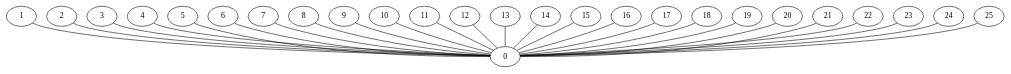
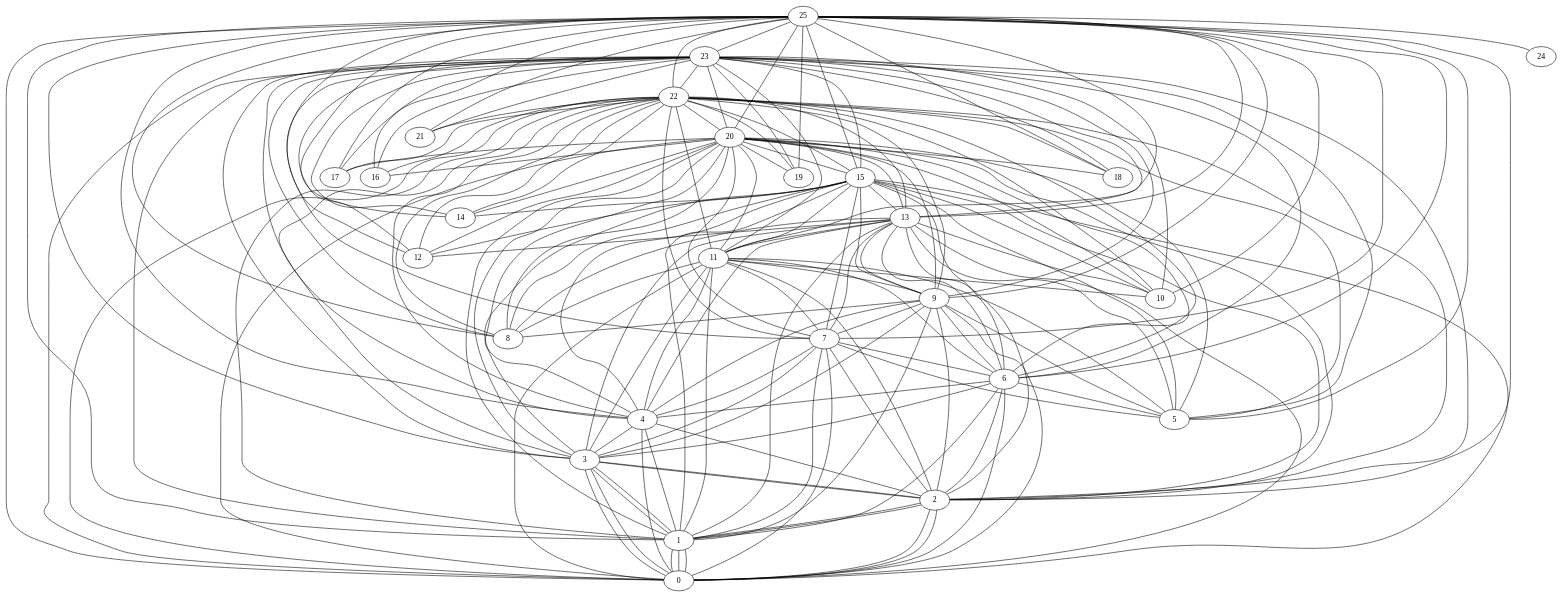
One commit to denizsurmeli/random-graph-generator changed the diagram in feeds/out/O-9-26-26-HH.dot. Above: the diagram before and after it, drawn with Graphviz. The commit also changed 578 other files, not shown here.

```diff
--- a/feeds/out/O-9-26-26-HH.dot
+++ b/feeds/out/O-9-26-26-HH.dot
@@ -1,53 +1,196 @@
 graph G {
 0;
 1;
 2;
 3;
 4;
 5;
 6;
 7;
 8;
 9;
 10;
 11;
 12;
 13;
 14;
 15;
 16;
 17;
 18;
 19;
 20;
 21;
 22;
 23;
 24;
 25;
+25--0 ;
+25--1 ;
+25--2 ;
+25--3 ;
+25--4 ;
+25--5 ;
+25--6 ;
+25--7 ;
+25--8 ;
+25--9 ;
+25--10 ;
+25--11 ;
+25--12 ;
+25--13 ;
+25--14 ;
+25--15 ;
+25--16 ;
+25--17 ;
+25--18 ;
+25--19 ;
+25--20 ;
+25--21 ;
+25--22 ;
+25--23 ;
+25--24 ;
+23--0 ;
+23--1 ;
+23--2 ;
+23--3 ;
+23--4 ;
+23--5 ;
+23--6 ;
+23--7 ;
+23--8 ;
+23--9 ;
+23--10 ;
+23--11 ;
+23--12 ;
+23--13 ;
+23--14 ;
+23--15 ;
+23--16 ;
+23--17 ;
+23--18 ;
+23--19 ;
+23--20 ;
+23--21 ;
+23--22 ;
+22--0 ;
+22--1 ;
+22--2 ;
+22--3 ;
+22--4 ;
+22--5 ;
+22--6 ;
+22--7 ;
+22--8 ;
+22--9 ;
+22--10 ;
+22--11 ;
+22--12 ;
+22--13 ;
+22--14 ;
+22--15 ;
+22--16 ;
+22--17 ;
+22--18 ;
+22--19 ;
+22--20 ;
+22--21 ;
+20--0 ;
+20--1 ;
+20--2 ;
+20--3 ;
+20--4 ;
+20--5 ;
+20--6 ;
+20--7 ;
+20--8 ;
+20--9 ;
+20--10 ;
+20--11 ;
+20--12 ;
+20--13 ;
+20--14 ;
+20--15 ;
+20--16 ;
+20--17 ;
+20--18 ;
+20--19 ;
+15--0 ;
+15--1 ;
+15--2 ;
+15--3 ;
+15--4 ;
+15--5 ;
+15--6 ;
+15--7 ;
+15--8 ;
+15--9 ;
+15--10 ;
+15--11 ;
+15--12 ;
+15--13 ;
+15--14 ;
+13--0 ;
+13--1 ;
+13--2 ;
+13--3 ;
+13--4 ;
+13--5 ;
+13--6 ;
+13--7 ;
+13--8 ;
+13--9 ;
+13--10 ;
+13--11 ;
+13--12 ;
+11--0 ;
+11--1 ;
+11--2 ;
+11--3 ;
+11--4 ;
+11--5 ;
+11--6 ;
+11--7 ;
+11--8 ;
+11--9 ;
+11--10 ;
+9--0 ;
+9--1 ;
+9--2 ;
+9--3 ;
+9--4 ;
+9--5 ;
+9--6 ;
+9--7 ;
+9--8 ;
+7--0 ;
+7--1 ;
+7--2 ;
+7--3 ;
+7--4 ;
+7--5 ;
+7--6 ;
+6--0 ;
+6--1 ;
+6--2 ;
+6--3 ;
+6--4 ;
+6--5 ;
+4--0 ;
+4--1 ;
+4--2 ;
+4--3 ;
+3--0 ;
+3--1 ;
+3--2 ;
+3--0 ;
+3--1 ;
+3--2 ;
+2--0 ;
+2--1 ;
+2--0 ;
+2--1 ;
 1--0 ;
-4--0 ;
-3--0 ;
-2--0 ;
-7--0 ;
-6--0 ;
-5--0 ;
-9--0 ;
-8--0 ;
-10--0 ;
-12--0 ;
-11--0 ;
-14--0 ;
-13--0 ;
-15--0 ;
-17--0 ;
-16--0 ;
-19--0 ;
-18--0 ;
-20--0 ;
-22--0 ;
-21--0 ;
-23--0 ;
-25--0 ;
-24--0 ;
+1--0 ;
+1--0 ;
 }
```
